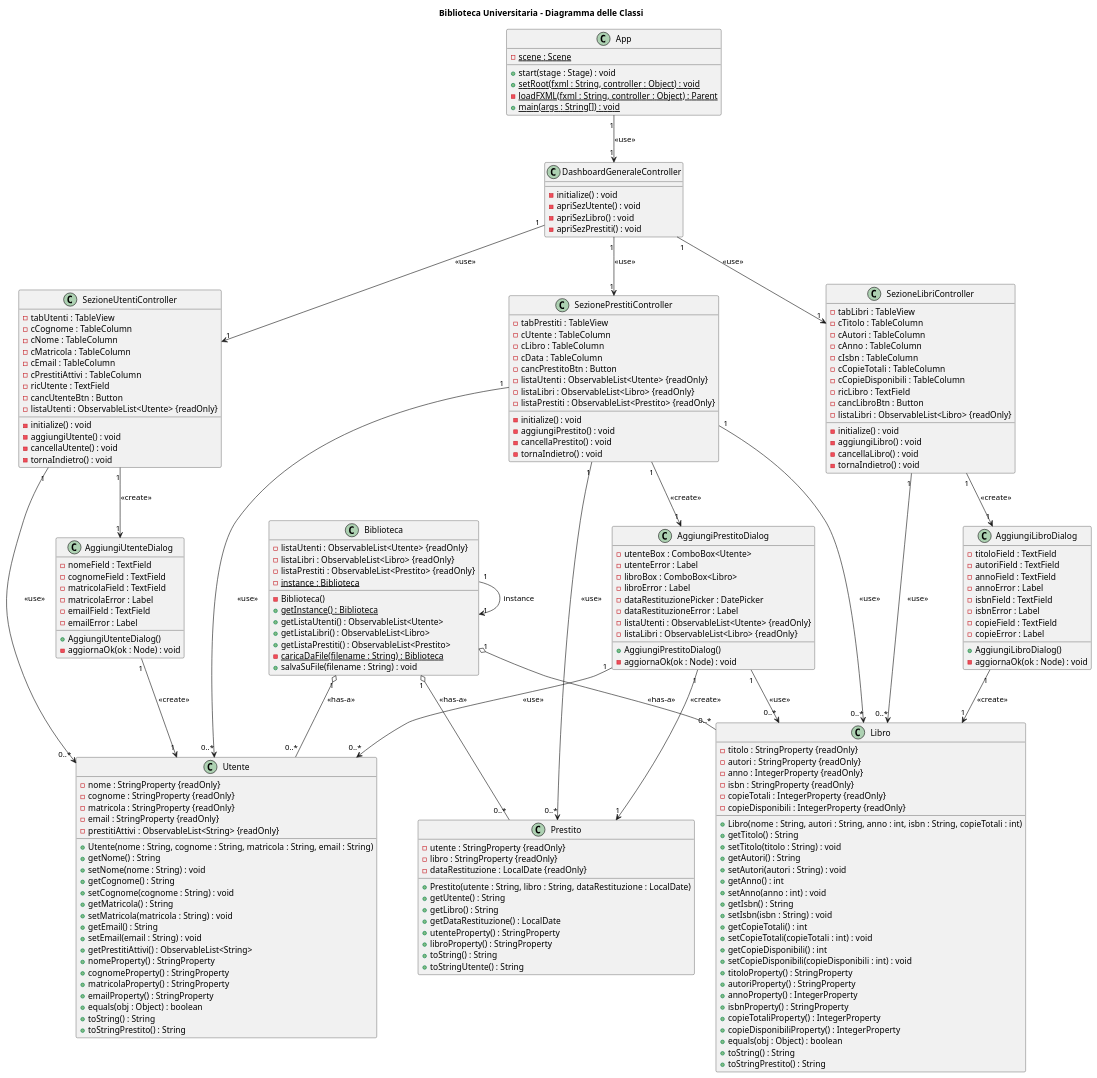
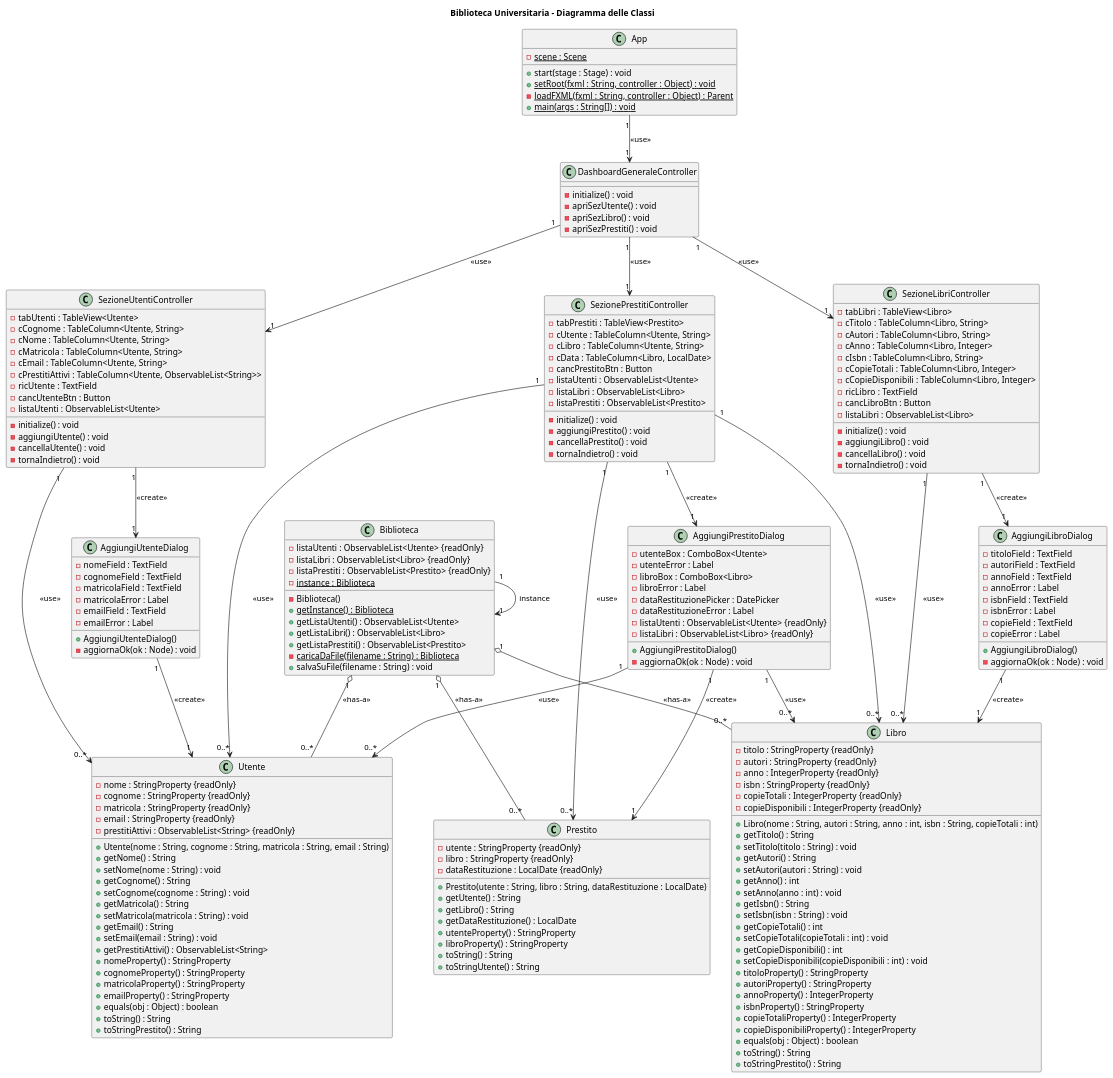
The diagram in Diagrams/Class Diagrams/PlantUML/Diagramma delle Classi.puml (AngeloMastandrea04/SoftEng2025_G19), drawn with PlantUML before and after one commit. The commit also changed 8 other files, not shown here.

```diff
--- a/Diagrams/Class Diagrams/PlantUML/Diagramma delle Classi.puml
+++ b/Diagrams/Class Diagrams/PlantUML/Diagramma delle Classi.puml
@@ -103,16 +103,16 @@
 }
 
 class SezioneLibriController {
-    - tabLibri : TableView
-    - cTitolo : TableColumn
-    - cAutori : TableColumn
-    - cAnno : TableColumn
-    - cIsbn : TableColumn
-    - cCopieTotali : TableColumn
-    - cCopieDisponibili : TableColumn
+    - tabLibri : TableView<Libro>
+    - cTitolo : TableColumn<Libro, String>
+    - cAutori : TableColumn<Libro, String>
+    - cAnno : TableColumn<Libro, Integer>
+    - cIsbn : TableColumn<Libro, String>
+    - cCopieTotali : TableColumn<Libro, Integer>
+    - cCopieDisponibili : TableColumn<Libro, Integer>
     - ricLibro : TextField
     - cancLibroBtn : Button
-    - listaLibri : ObservableList<Libro> {readOnly}
+    - listaLibri : ObservableList<Libro>
     - initialize() : void
     - aggiungiLibro() : void
     - cancellaLibro() : void
@@ -120,15 +120,15 @@
 }
 
 class SezioneUtentiController {
-    - tabUtenti : TableView
-    - cCognome : TableColumn
-    - cNome : TableColumn
-    - cMatricola : TableColumn
-    - cEmail : TableColumn
-    - cPrestitiAttivi : TableColumn
+    - tabUtenti : TableView<Utente>
+    - cCognome : TableColumn<Utente, String>
+    - cNome : TableColumn<Utente, String>
+    - cMatricola : TableColumn<Utente, String>
+    - cEmail : TableColumn<Utente, String>
+    - cPrestitiAttivi : TableColumn<Utente, ObservableList<String>>
     - ricUtente : TextField
     - cancUtenteBtn : Button
-    - listaUtenti : ObservableList<Utente> {readOnly}
+    - listaUtenti : ObservableList<Utente>
     - initialize() : void
     - aggiungiUtente() : void
     - cancellaUtente() : void
@@ -136,14 +136,14 @@
 }
 
 class SezionePrestitiController {
-    - tabPrestiti : TableView
-    - cUtente : TableColumn
-    - cLibro : TableColumn
-    - cData : TableColumn
+    - tabPrestiti : TableView<Prestito>
+    - cUtente : TableColumn<Utente, String>
+    - cLibro : TableColumn<Utente, String>
+    - cData : TableColumn<Libro, LocalDate>
     - cancPrestitoBtn : Button
-    - listaUtenti : ObservableList<Utente> {readOnly}
-    - listaLibri : ObservableList<Libro> {readOnly}
-    - listaPrestiti : ObservableList<Prestito> {readOnly}
+    - listaUtenti : ObservableList<Utente>
+    - listaLibri : ObservableList<Libro>
+    - listaPrestiti : ObservableList<Prestito>
     - initialize() : void
     - aggiungiPrestito() : void
     - cancellaPrestito() : void
```
